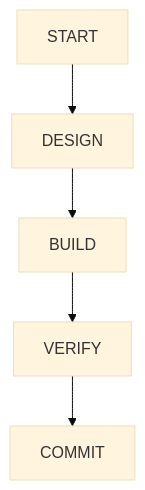
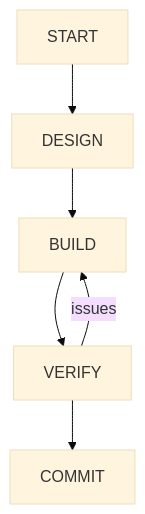
One commit to an-dr/agents changed the third of 3 diagrams in README.md. Above: the diagram before and after it, drawn with Mermaid (base theme). The commit also changed other lines of this file and 2 other files, not shown here.

Commit message:
Add `return-to-build` to workflow

````diff
--- a/README.md
+++ b/README.md
@@ -43,4 +45,5 @@
 ```mermaid
 flowchart TD
 START --> DESIGN --> BUILD --> VERIFY --> COMMIT
+VERIFY -->|issues| BUILD
 ```
````
